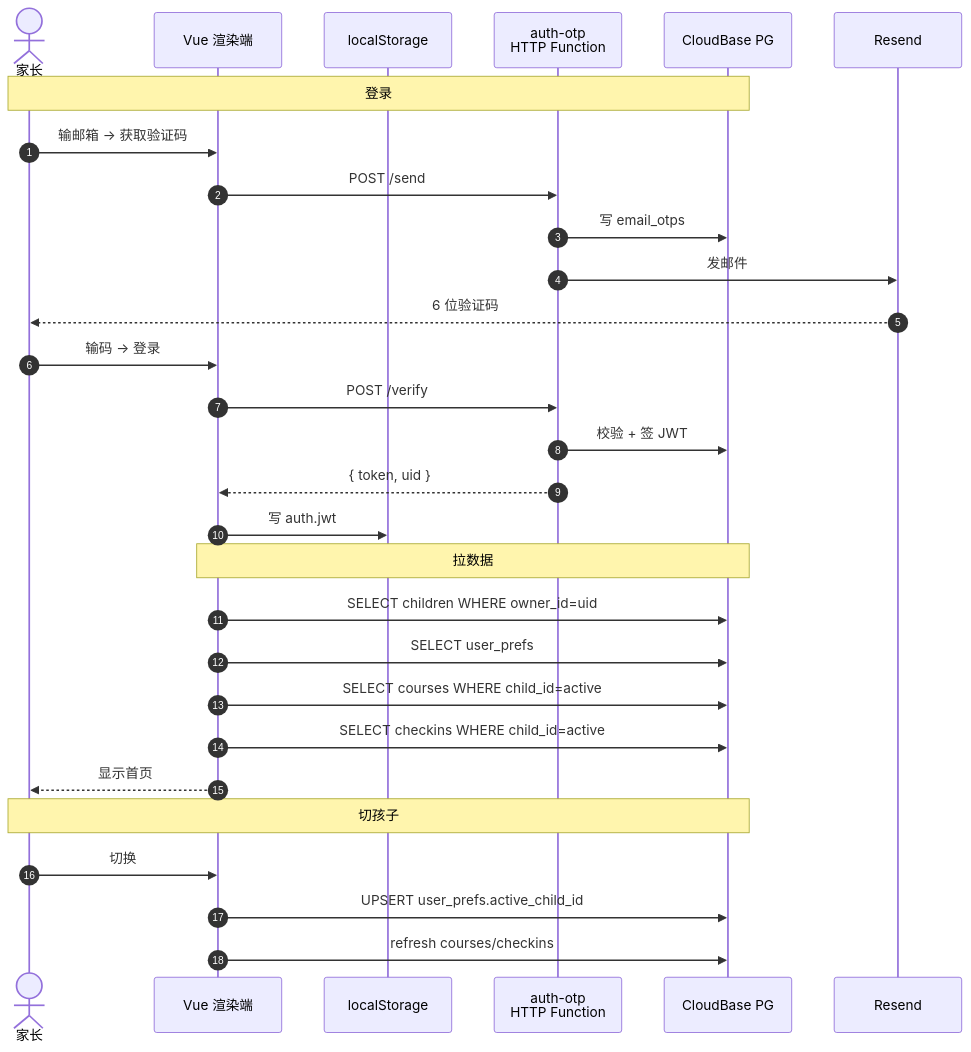
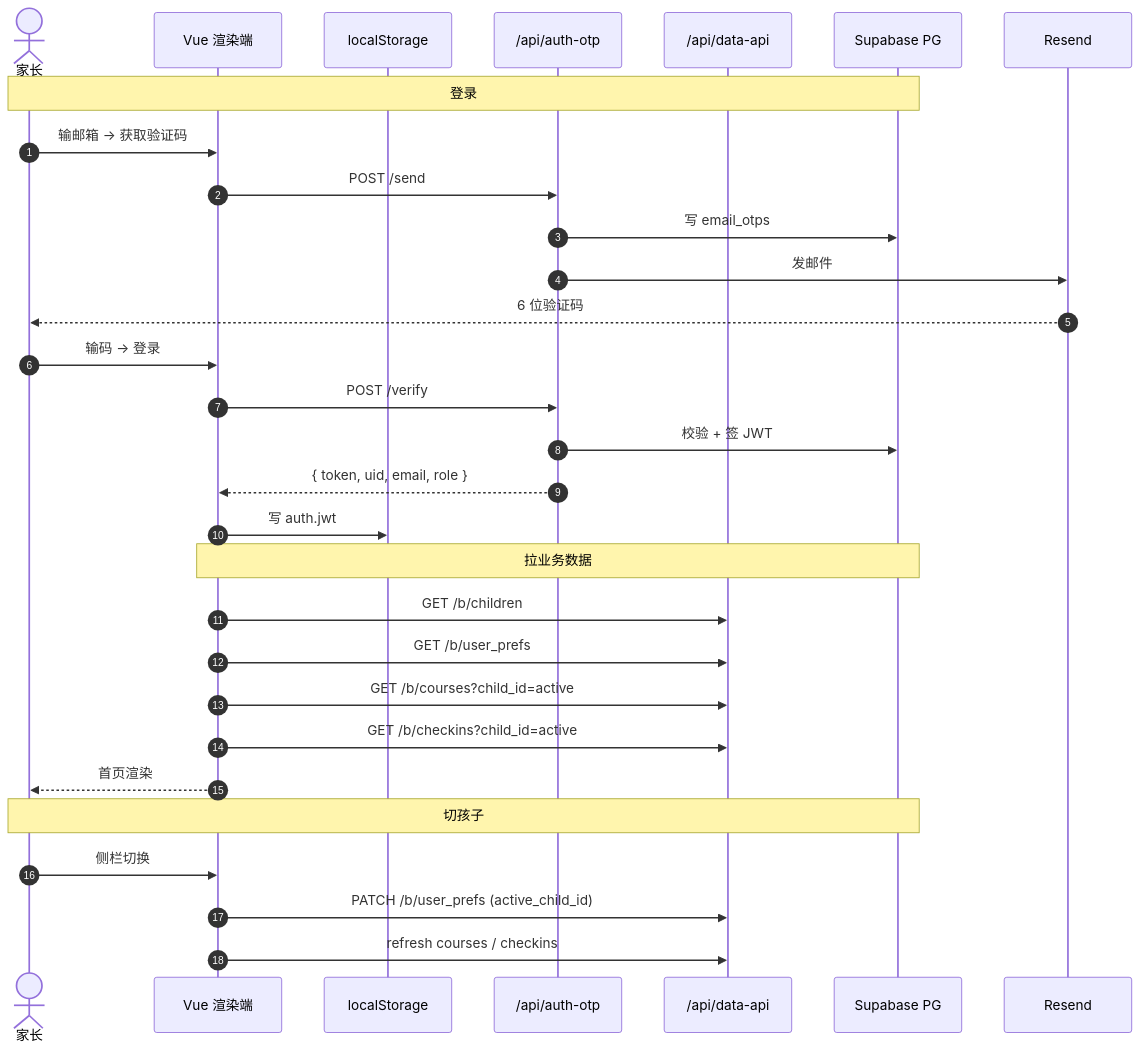
The diagram in desktop/README.md (wangshaojie/electron-kid-course-tracker), drawn with Mermaid before and after one commit. The commit also changed other lines of this file and 44 other files, not shown here.

````diff
--- a/desktop/README.md
+++ b/desktop/README.md
@@ -58,35 +80,35 @@
 ```mermaid
-%%{init: {'theme': 'default'}}%%
 sequenceDiagram
     autonumber
     actor User as 家长
     participant V as Vue 渲染端
     participant LS as localStorage
-    participant OTP as auth-otp<br/>HTTP Function
-    participant PG as CloudBase PG
+    participant OTP as /api/auth-otp
+    participant API as /api/data-api
+    participant PG as Supabase PG
     participant RS as Resend
 
     Note over User, PG: 登录
     User->>V: 输邮箱 → 获取验证码
     V->>OTP: POST /send
     OTP->>PG: 写 email_otps
     OTP->>RS: 发邮件
     RS-->>User: 6 位验证码
     User->>V: 输码 → 登录
     V->>OTP: POST /verify
     OTP->>PG: 校验 + 签 JWT
-    OTP-->>V: { token, uid }
+    OTP-->>V: { token, uid, email, role }
     V->>LS: 写 auth.jwt
 
-    Note over V, PG: 拉数据
-    V->>PG: SELECT children WHERE owner_id=uid
-    V->>PG: SELECT user_prefs
-    V->>PG: SELECT courses WHERE child_id=active
-    V->>PG: SELECT checkins WHERE child_id=active
-    V-->>User: 显示首页
+    Note over V, PG: 拉业务数据
+    V->>API: GET /b/children
+    V->>API: GET /b/user_prefs
+    V->>API: GET /b/courses?child_id=active
+    V->>API: GET /b/checkins?child_id=active
+    V-->>User: 首页渲染
 
     Note over User, PG: 切孩子
-    User->>V: 切换
-    V->>PG: UPSERT user_prefs.active_child_id
-    V->>PG: refresh courses/checkins
+    User->>V: 侧栏切换
+    V->>API: PATCH /b/user_prefs (active_child_id)
+    V->>API: refresh courses / checkins
 ```
````
